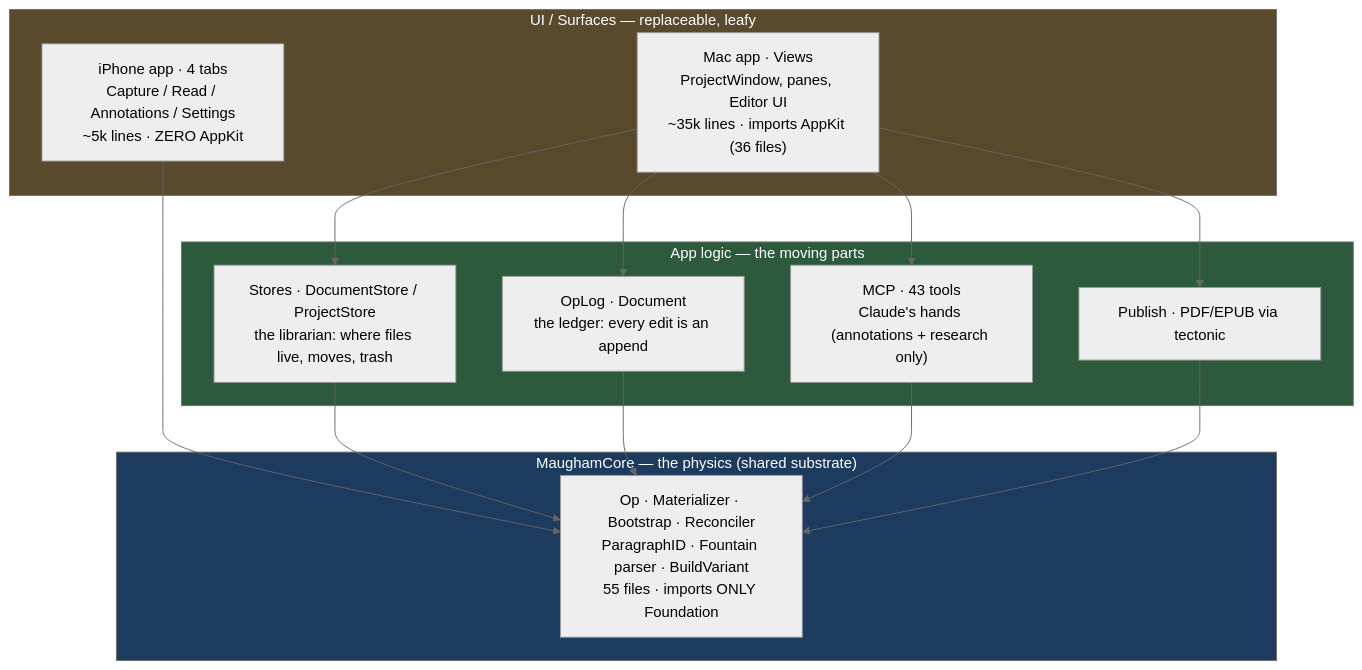
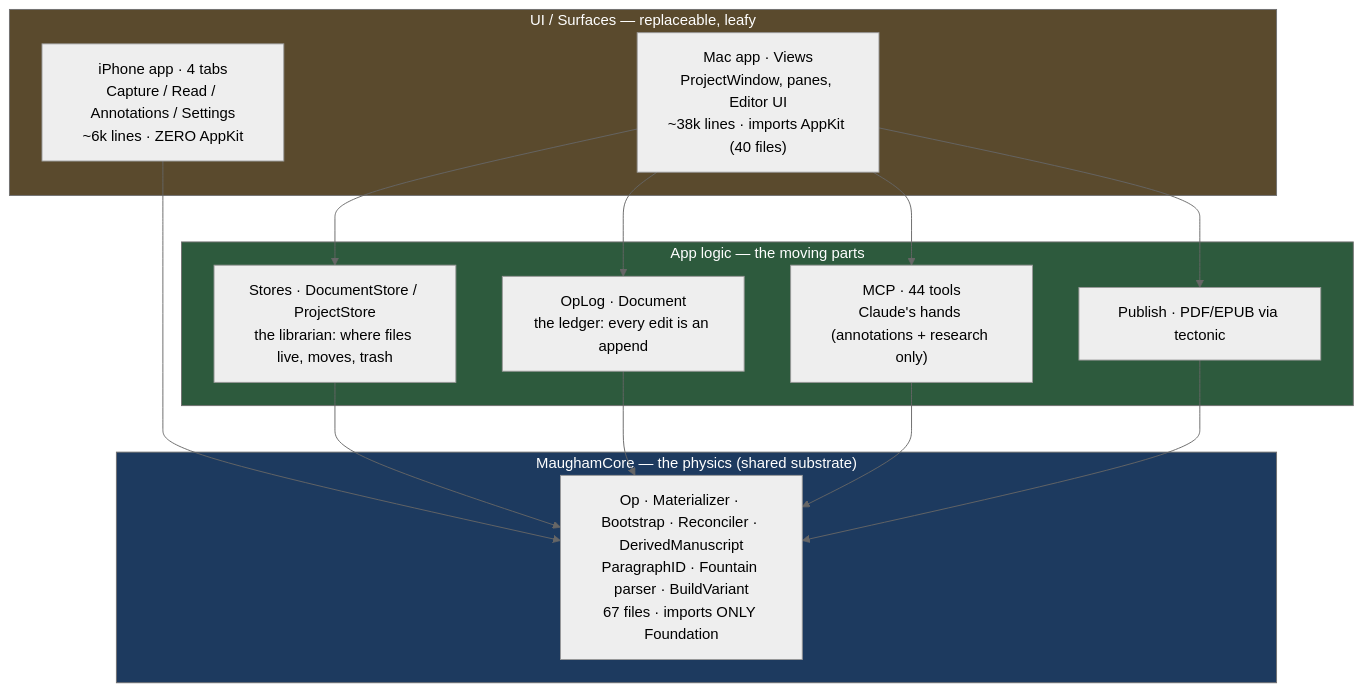
The first of 4 diagrams in docs/code-visualization-mental-maps.md (dtrouton/Maugham), drawn with Mermaid (neutral theme) before and after one commit. The commit also changed other lines of this file, not shown here.

````diff
--- a/docs/code-visualization-mental-maps.md
+++ b/docs/code-visualization-mental-maps.md
@@ -23,29 +49,29 @@
 ```mermaid
 flowchart TD
     subgraph TOP["UI / Surfaces — replaceable, leafy"]
-        MacUI["Mac app · Views<br/>ProjectWindow, panes, Editor UI<br/>~35k lines · imports AppKit (36 files)"]
-        PhoneUI["iPhone app · 4 tabs<br/>Capture / Read / Annotations / Settings<br/>~5k lines · ZERO AppKit"]
+        MacUI["Mac app · Views<br/>ProjectWindow, panes, Editor UI<br/>~38k lines · imports AppKit (40 files)"]
+        PhoneUI["iPhone app · 4 tabs<br/>Capture / Read / Annotations / Settings<br/>~6k lines · ZERO AppKit"]
     end
 
     subgraph MID["App logic — the moving parts"]
         Stores["Stores · DocumentStore / ProjectStore<br/>the librarian: where files live, moves, trash"]
         OpLog["OpLog · Document<br/>the ledger: every edit is an append"]
-        MCP["MCP · 43 tools<br/>Claude's hands (annotations + research only)"]
+        MCP["MCP · 44 tools<br/>Claude's hands (annotations + research only)"]
         Publish["Publish · PDF/EPUB via tectonic"]
     end
 
     subgraph CORE["MaughamCore — the physics (shared substrate)"]
-        Phys["Op · Materializer · Bootstrap · Reconciler<br/>ParagraphID · Fountain parser · BuildVariant<br/>55 files · imports ONLY Foundation"]
+        Phys["Op · Materializer · Bootstrap · Reconciler · DerivedManuscript<br/>ParagraphID · Fountain parser · BuildVariant<br/>67 files · imports ONLY Foundation"]
     end
 
     MacUI --> Stores & OpLog & MCP & Publish
     PhoneUI --> Phys
     Stores --> Phys
     OpLog --> Phys
     MCP --> Phys
     Publish --> Phys
 
     style CORE fill:#1d3a5f,color:#fff
     style MID fill:#2d5a3d,color:#fff
     style TOP fill:#5a4a2d,color:#fff
 ```
````
